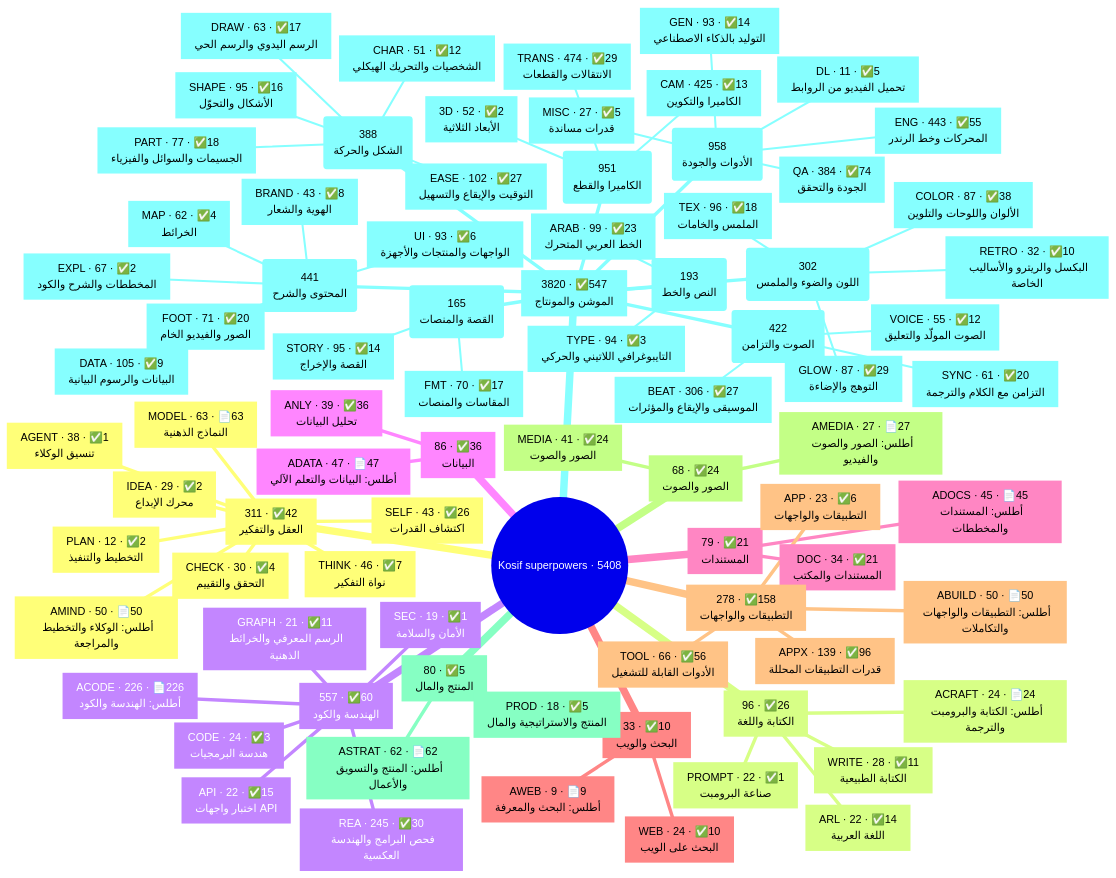
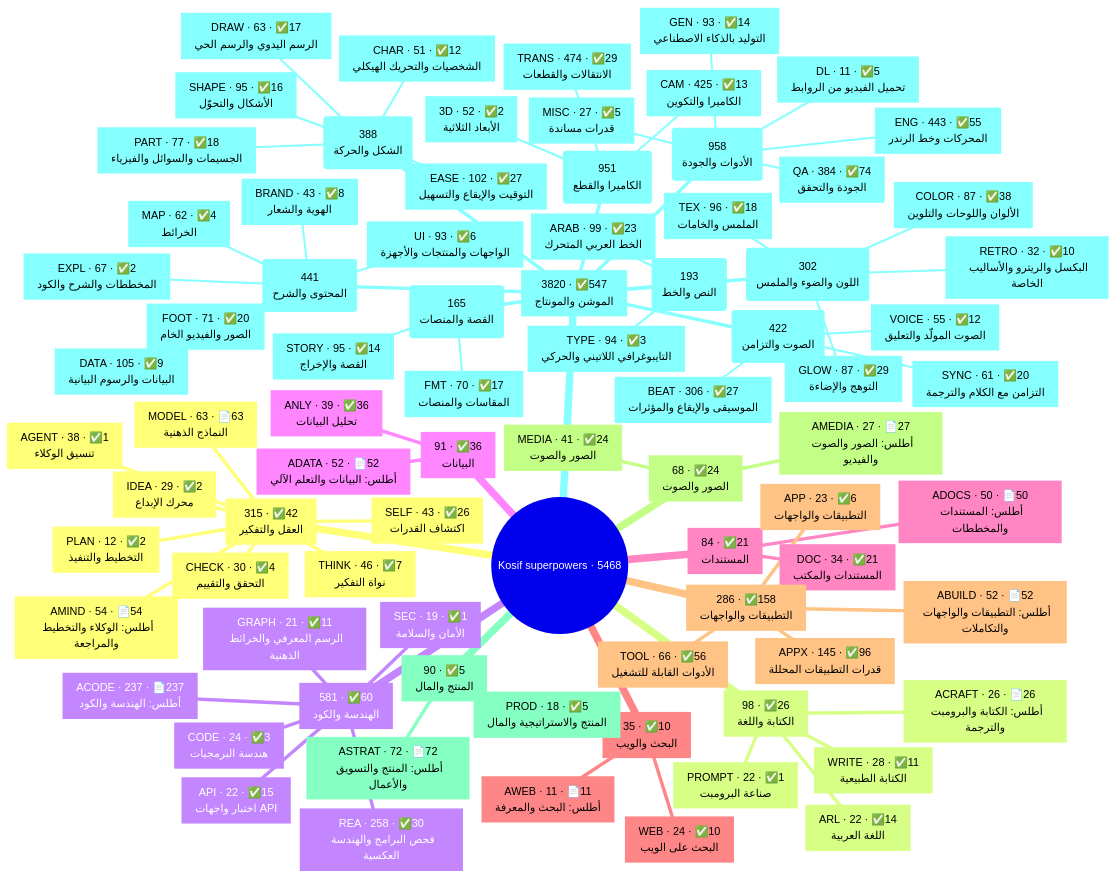
The first of 2 diagrams in .claude/skills/kosif-superpowers/references/capability-map.md (kosif199022-jpg/kosif-tool), drawn with Mermaid before and after one commit. The commit also changed other lines of this file and 61 other files, not shown here.

First line of the commit message:
feat(kosif-superpowers): REA-approach superpowers map, 41 Atlas frontier powers, missing REA tools and agent-clone lessons

````diff
--- a/.claude/skills/kosif-superpowers/references/capability-map.md
+++ b/.claude/skills/kosif-superpowers/references/capability-map.md
@@ -18,11 +18,11 @@
 ```mermaid
 mindmap
-  root((Kosif superpowers · 5408))
-    n1["`311 · ✅42
+  root((Kosif superpowers · 5468))
+    n1["`315 · ✅42
 العقل والتفكير`"]
       n2["`MODEL · 63 · 📄63
 النماذج الذهنية`"]
-      n3["`AMIND · 50 · 📄50
+      n3["`AMIND · 54 · 📄54
 أطلس: الوكلاء والتخطيط والمراجعة`"]
       n4["`THINK · 46 · ✅7
 نواة التفكير`"]
@@ -36,21 +36,21 @@
 محرك الإبداع`"]
       n9["`PLAN · 12 · ✅2
 التخطيط والتنفيذ`"]
-    n10["`96 · ✅26
+    n10["`98 · ✅26
 الكتابة واللغة`"]
       n11["`WRITE · 28 · ✅11
 الكتابة الطبيعية`"]
-      n12["`ACRAFT · 24 · 📄24
+      n12["`ACRAFT · 26 · 📄26
 أطلس: الكتابة والبرومبت والترجمة`"]
       n13["`ARL · 22 · ✅14
 اللغة العربية`"]
       n14["`PROMPT · 22 · ✅1
 صناعة البرومبت`"]
-    n15["`557 · ✅60
+    n15["`581 · ✅60
 الهندسة والكود`"]
-      n16["`REA · 245 · ✅30
+      n16["`REA · 258 · ✅30
 فحص البرامج والهندسة العكسية`"]
-      n17["`ACODE · 226 · 📄226
+      n17["`ACODE · 237 · 📄237
 أطلس: الهندسة والكود`"]
       n18["`CODE · 24 · ✅3
 هندسة البرمجيات`"]
@@ -60,31 +60,31 @@
 الرسم المعرفي والخرائط الذهنية`"]
       n21["`SEC · 19 · ✅1
 الأمان والسلامة`"]
-    n22["`86 · ✅36
+    n22["`91 · ✅36
 البيانات`"]
-      n23["`ADATA · 47 · 📄47
+      n23["`ADATA · 52 · 📄52
 أطلس: البيانات والتعلم الآلي`"]
       n24["`ANLY · 39 · ✅36
 تحليل البيانات`"]
-    n25["`79 · ✅21
+    n25["`84 · ✅21
 المستندات`"]
-      n26["`ADOCS · 45 · 📄45
+      n26["`ADOCS · 50 · 📄50
 أطلس: المستندات والمخططات`"]
       n27["`DOC · 34 · ✅21
 المستندات والمكتب`"]
-    n28["`33 · ✅10
+    n28["`35 · ✅10
 البحث والويب`"]
       n29["`WEB · 24 · ✅10
 البحث على الويب`"]
-      n30["`AWEB · 9 · 📄9
+      n30["`AWEB · 11 · 📄11
 أطلس: البحث والمعرفة`"]
-    n31["`278 · ✅158
+    n31["`286 · ✅158
 التطبيقات والواجهات`"]
-      n32["`APPX · 139 · ✅96
+      n32["`APPX · 145 · ✅96
 قدرات التطبيقات المحللة`"]
       n33["`TOOL · 66 · ✅56
 الأدوات القابلة للتشغيل`"]
-      n34["`ABUILD · 50 · 📄50
+      n34["`ABUILD · 52 · 📄52
 أطلس: التطبيقات والواجهات والتكاملات`"]
       n35["`APP · 23 · ✅6
 التطبيقات والواجهات`"]
@@ -94,9 +94,9 @@
 الصور والصوت`"]
       n38["`AMEDIA · 27 · 📄27
 أطلس: الصور والصوت والفيديو`"]
-    n39["`80 · ✅5
+    n39["`90 · ✅5
 المنتج والمال`"]
-      n40["`ASTRAT · 62 · 📄62
+      n40["`ASTRAT · 72 · 📄72
 أطلس: المنتج والتسويق والأعمال`"]
       n41["`PROD · 18 · ✅5
 المنتج والاستراتيجية والمال`"]
````
